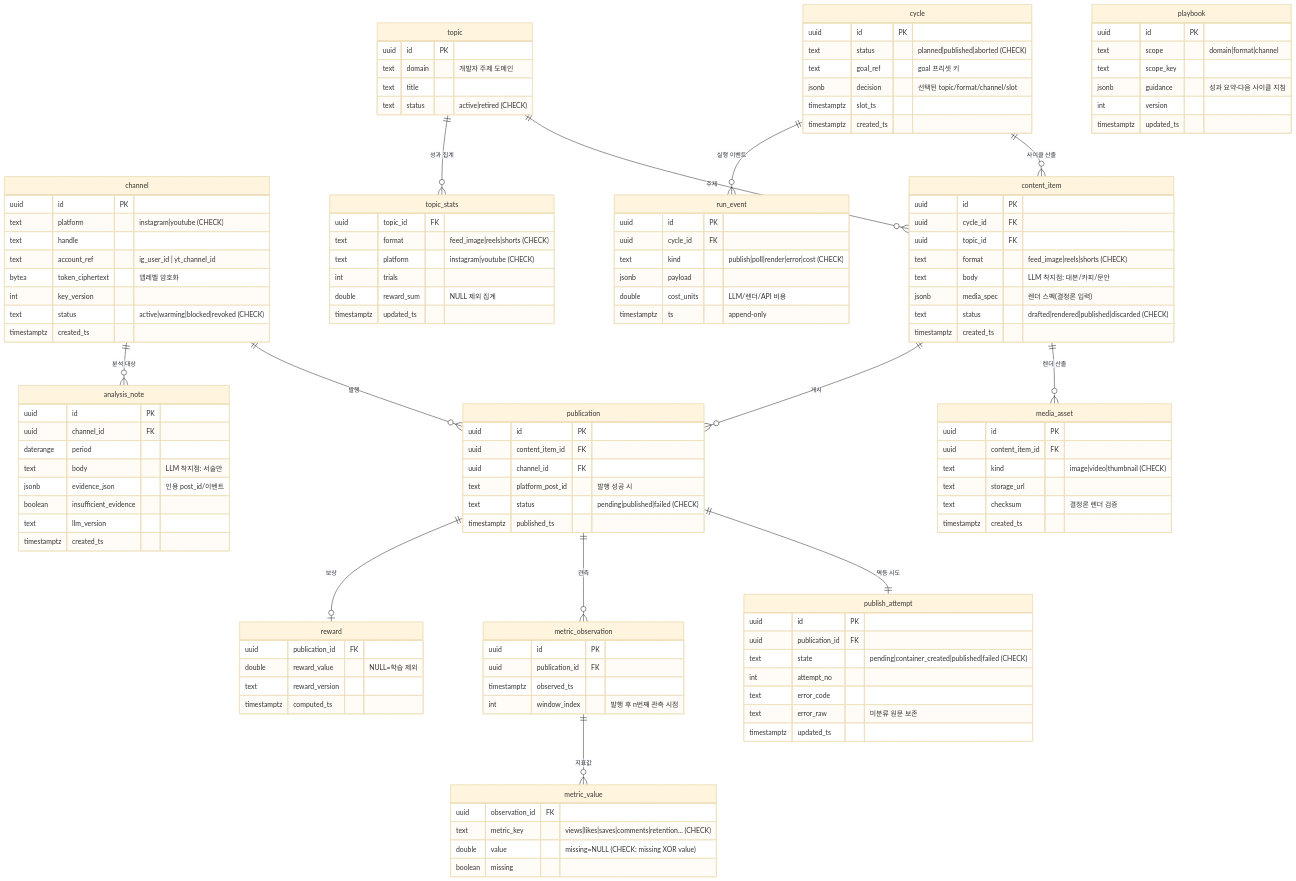
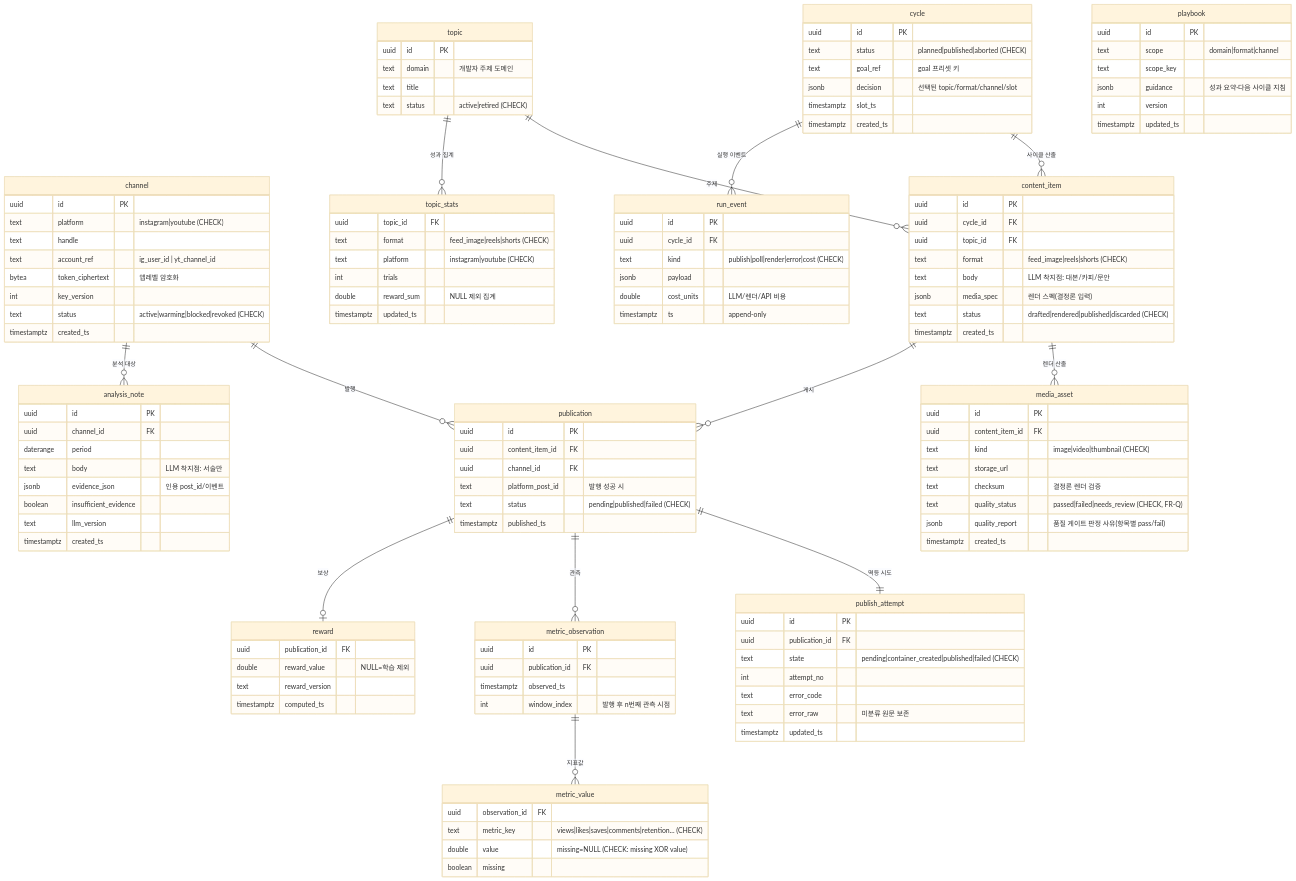
The diagram in docs/diagrams/erd.mermaid (Working-youth-squad/multiagent-sns), drawn with Mermaid (base theme) before and after one commit. The commit also changed 1 other file, not shown here.

Commit message:
docs(diagrams): 품질 게이트 강화에 맞춰 아키텍처·ERD 다이어그램 정합화
품질 게이트(FR-Q) 보강이 다이어그램과 어긋난 지점을 맞춘다.

- erd.mermaid: media_asset에 quality_status·quality_report 컬럼 추가.
  ERD.md 본문·SPEC FR-Q2·publish-cycle-sequence는 이미 참조하는데
  ERD 다이어그램만 누락돼 있던 불일치 해소.
- architecture.mermaid: 품질 게이트를 1급 노드(QGATE)로 추가하고
  렌더→게이트→발행 경로로 배선(passed만 발행, 미통과=차단).
  발행 시퀀스에는 게이트가 있는데 아키텍처 그림에만 빠져 있던 공백 해소.

두 파일 모두 mermaid-cli 렌더 검증 통과.

Claude-Session: https://claude.ai/code/session_01M9j7hMxKTYwjGe5onLa3XT

```diff
--- a/docs/diagrams/erd.mermaid
+++ b/docs/diagrams/erd.mermaid
@@ -1,126 +1,128 @@
 %% multiagent-sns — 데이터 모델 ERD (초안)
 erDiagram
     channel ||--o{ publication : "발행"
     content_item ||--o{ media_asset : "렌더 산출"
     content_item ||--o{ publication : "게시"
     cycle ||--o{ content_item : "사이클 산출"
     topic ||--o{ content_item : "주제"
     topic ||--o{ topic_stats : "성과 집계"
     publication ||--|| publish_attempt : "멱등 시도"
     publication ||--o{ metric_observation : "관측"
     metric_observation ||--o{ metric_value : "지표값"
     publication ||--o| reward : "보상"
     channel ||--o{ analysis_note : "분석 대상"
     cycle ||--o{ run_event : "실행 이벤트"
 
     channel {
         uuid id PK
         text platform "instagram|youtube (CHECK)"
         text handle
         text account_ref "ig_user_id | yt_channel_id"
         bytea token_ciphertext "앱레벨 암호화"
         int key_version
         text status "active|warming|blocked|revoked (CHECK)"
         timestamptz created_ts
     }
     cycle {
         uuid id PK
         text status "planned|published|aborted (CHECK)"
         text goal_ref "goal 프리셋 키"
         jsonb decision "선택된 topic/format/channel/slot"
         timestamptz slot_ts
         timestamptz created_ts
     }
     topic {
         uuid id PK
         text domain "개발자 주제 도메인"
         text title
         text status "active|retired (CHECK)"
     }
     topic_stats {
         uuid topic_id FK
         text format "feed_image|reels|shorts (CHECK)"
         text platform "instagram|youtube (CHECK)"
         int trials
         double reward_sum "NULL 제외 집계"
         timestamptz updated_ts
     }
     content_item {
         uuid id PK
         uuid cycle_id FK
         uuid topic_id FK
         text format "feed_image|reels|shorts (CHECK)"
         text body "LLM 착지점: 대본/카피/문안"
         jsonb media_spec "렌더 스펙(결정론 입력)"
         text status "drafted|rendered|published|discarded (CHECK)"
         timestamptz created_ts
     }
     media_asset {
         uuid id PK
         uuid content_item_id FK
         text kind "image|video|thumbnail (CHECK)"
         text storage_url
         text checksum "결정론 렌더 검증"
+        text quality_status "passed|failed|needs_review (CHECK, FR-Q)"
+        jsonb quality_report "품질 게이트 판정 사유(항목별 pass/fail)"
         timestamptz created_ts
     }
     publication {
         uuid id PK
         uuid content_item_id FK
         uuid channel_id FK
         text platform_post_id "발행 성공 시"
         text status "pending|published|failed (CHECK)"
         timestamptz published_ts
     }
     publish_attempt {
         uuid id PK
         uuid publication_id FK
         text state "pending|container_created|published|failed (CHECK)"
         int attempt_no
         text error_code
         text error_raw "미분류 원문 보존"
         timestamptz updated_ts
     }
     metric_observation {
         uuid id PK
         uuid publication_id FK
         timestamptz observed_ts
         int window_index "발행 후 n번째 관측 시점"
     }
     metric_value {
         uuid observation_id FK
         text metric_key "views|likes|saves|comments|retention... (CHECK)"
         double value "missing=NULL (CHECK: missing XOR value)"
         boolean missing
     }
     reward {
         uuid publication_id FK
         double reward_value "NULL=학습 제외"
         text reward_version
         timestamptz computed_ts
     }
     playbook {
         uuid id PK
         text scope "domain|format|channel"
         text scope_key
         jsonb guidance "성과 요약·다음 사이클 지침"
         int version
         timestamptz updated_ts
     }
     analysis_note {
         uuid id PK
         uuid channel_id FK
         daterange period
         text body "LLM 착지점: 서술만"
         jsonb evidence_json "인용 post_id/이벤트"
         boolean insufficient_evidence
         text llm_version
         timestamptz created_ts
     }
     run_event {
         uuid id PK
         uuid cycle_id FK
         text kind "publish|poll|render|error|cost (CHECK)"
         jsonb payload
         double cost_units "LLM/렌더/API 비용"
         timestamptz ts "append-only"
     }
```
